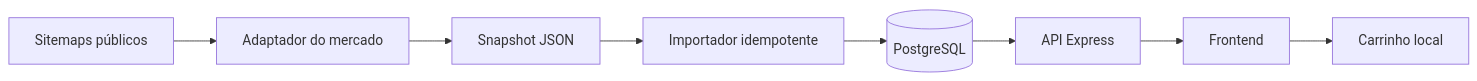
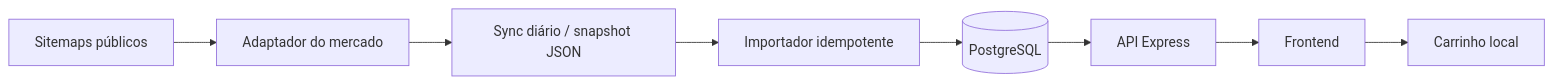
Before and after one commit to HandreyP/mercado: the diagram in docs/README.md, drawn with Mermaid. The commit also changed other lines of this file and 16 other files, not shown here.

````diff
--- a/docs/README.md
+++ b/docs/README.md
@@ -48,10 +50,10 @@
 ```mermaid
 flowchart LR
     A[Sitemaps públicos] --> B[Adaptador do mercado]
-    B --> C[Snapshot JSON]
+    B --> C[Sync diário / snapshot JSON]
     C --> D[Importador idempotente]
     D --> E[(PostgreSQL)]
     E --> F[API Express]
     F --> G[Frontend]
     G --> H[Carrinho local]
 ```
````
